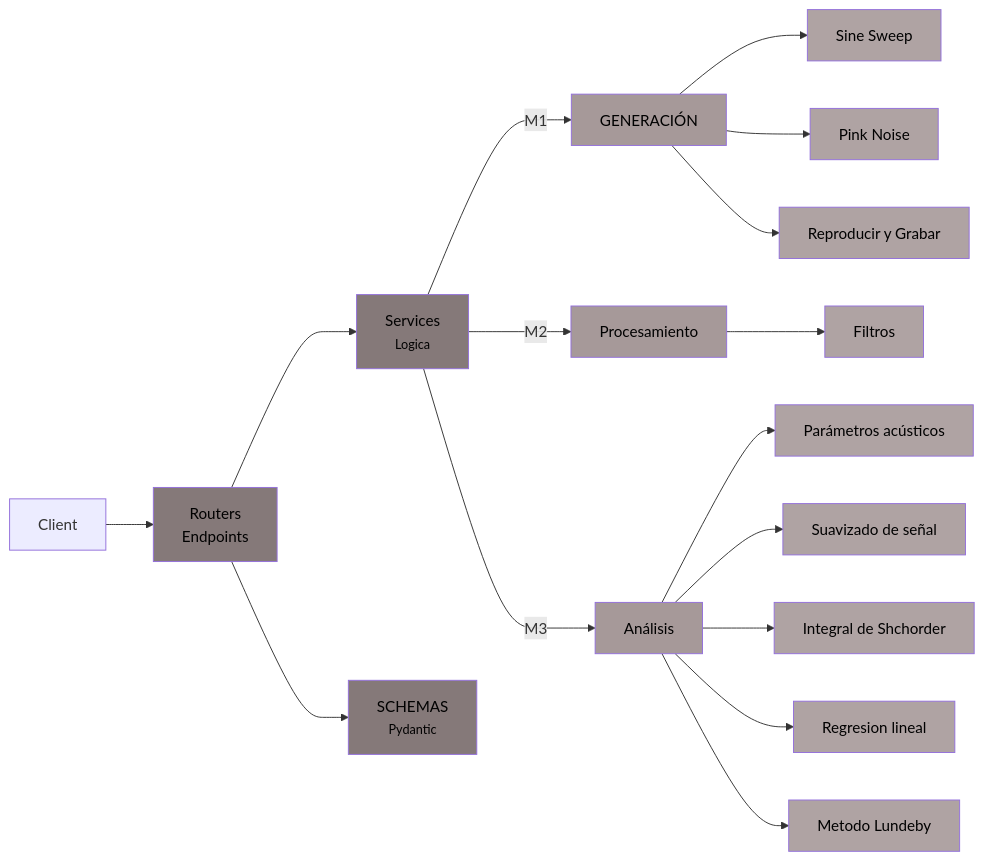
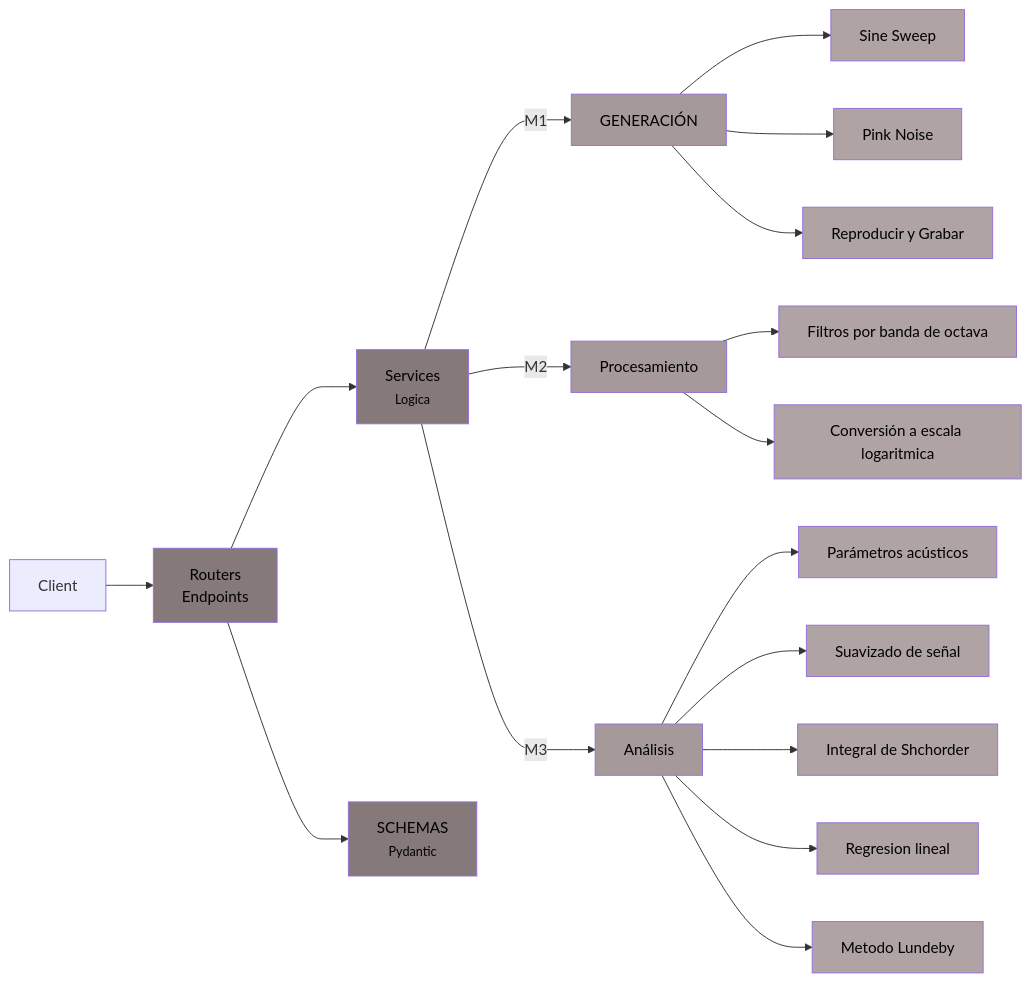
One commit to fedee01/trabajo-practico-ss changed the diagram in README.md. Above: the diagram before and after it, drawn with Mermaid.

````diff
--- a/README.md
+++ b/README.md
@@ -59,32 +59,33 @@
 ```mermaid
 flowchart LR
  subgraph s1["Untitled subgraph"]
         S["Services<br><small>Logica</small>"]
   end
     Client["Client"] --> R["Routers<br>Endpoints"]
     R --> S & Sch["SCHEMAS<br><small>Pydantic</small>"]
     S -- M1 --> Gen["GENERACIÓN"]
     Gen --> SS["Sine Sweep"] & PN["Pink Noise"] & Rec["Reproducir y Grabar"]
     S -- M2 --> Proc["Procesamiento"]
-    Proc --> F["Filtros"]
+    Proc --> F["Filtros por banda de octava"] & Conv["Conversión a escala logaritmica"]
     S -- M3 --> An["Análisis"]
     An --> Par["Parámetros acústicos"] & Sua["Suavizado de señal"] & InS["Integral de Shchorder"] & Reg["Regresion lineal"] & Mlun["Metodo Lundeby"]
 
     style S fill: #857979,color:#000000
     style R fill: #857979,color:#000000
     style Sch fill: #857979,color:#000000
     style Gen fill: #a69999,color:#000000
     style SS fill: #AFA3A3,color:#000000
     style PN fill: #AFA3A3,color:#000000
     style Rec fill: #AFA3A3,color:#000000
     style Proc fill: #a69999,color:#000000
     style F fill: #AFA3A3,color:#000000
+    style Conv fill: #AFA3A3,color:#000000
     style An fill: #a69999,color:#000000
     style Par fill: #AFA3A3,color:#000000
     style Sua fill: #AFA3A3,color:#000000
     style InS fill: #AFA3A3,color:#000000
     style Reg fill: #AFA3A3,color:#000000
     style Mlun fill: #AFA3A3,color:#000000
     style s1 fill:transparent,stroke:transparent,color:transparent
 
 ```
````
